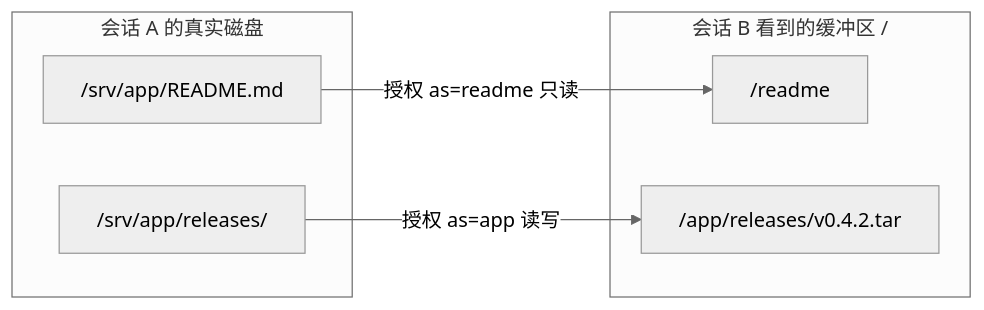
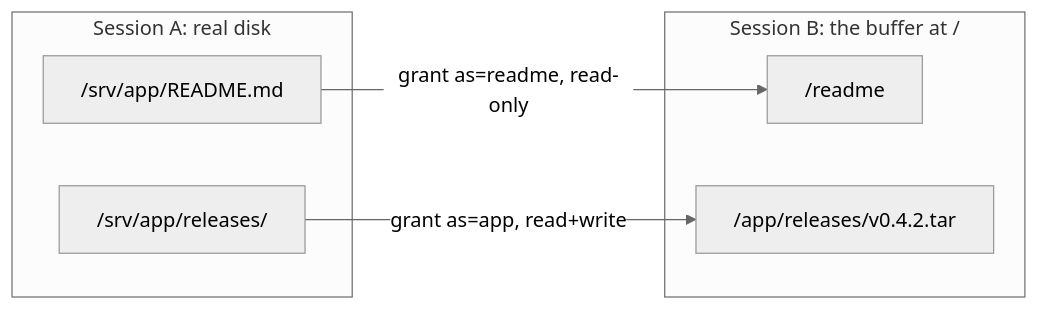
The fourth of 5 diagrams in README.md (Nexus-Aethra/Nexus-Shell), drawn with Mermaid (neutral theme) before and after one commit. The commit also changed other lines of this file and 2 other files, not shown here.

````diff
--- a/README.md
+++ b/README.md
@@ -214,13 +229,13 @@
 ```mermaid
 flowchart LR
-  subgraph W["会话 A 的真实磁盘"]
+  subgraph W["Session A: real disk"]
     D1["/srv/app/README.md"]
     D2["/srv/app/releases/"]
   end
-  subgraph B["会话 B 看到的缓冲区 /"]
+  subgraph B["Session B: the buffer at /"]
     P1["/readme"]
     P2["/app/releases/v0.4.2.tar"]
   end
-  D1 -->|"授权 as=readme 只读"| P1
-  D2 -->|"授权 as=app 读写"| P2
+  D1 -->|"grant as=readme, read-only"| P1
+  D2 -->|"grant as=app, read+write"| P2
 ```
````
